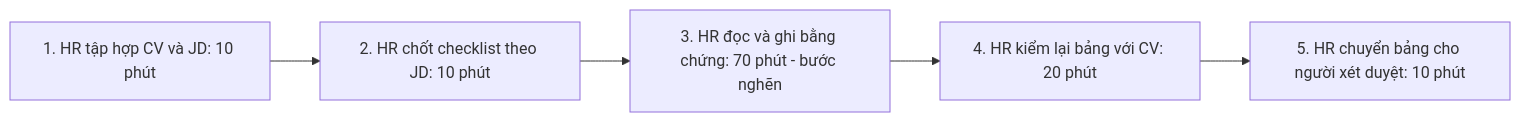
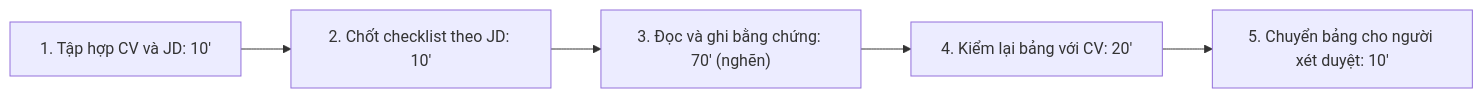
Before and after one commit to kyo708/K5-L3A-Day02-Kyori-DiscoveryProblemFraming: the first of 2 diagrams in report/team/group_report.md, drawn with Mermaid. The commit also changed other lines of this file and 2 other files, not shown here.

````diff
--- a/report/team/group_report.md
+++ b/report/team/group_report.md
@@ -133,7 +155,7 @@
 ```mermaid
 flowchart LR
-  A["1. HR tập hợp CV và JD: 10 phút"] --> B["2. HR chốt checklist theo JD: 10 phút"]
-  B --> C["3. HR đọc và ghi bằng chứng: 70 phút - bước nghẽn"]
-  C --> D["4. HR kiểm lại bảng với CV: 20 phút"]
-  D --> E["5. HR chuyển bảng cho người xét duyệt: 10 phút"]
+  A["1. Tập hợp CV và JD: 10'"] --> B["2. Chốt checklist theo JD: 10'"]
+  B --> C["3. Đọc và ghi bằng chứng: 70' (nghẽn)"]
+  C --> D["4. Kiểm lại bảng với CV: 20'"]
+  D --> E["5. Chuyển bảng cho người xét duyệt: 10'"]
 ```
````
